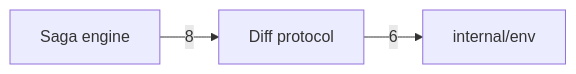
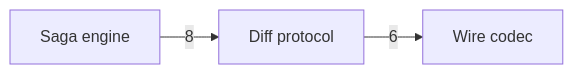
One commit to nickstrad/decentralized-object-store changed the diagram in docs/c4/diagrams/06-component-merkle-b.mmd. Above: the diagram before and after it, drawn with Mermaid. The commit also changed 8 other files, not shown here.

```diff
--- a/docs/c4/diagrams/06-component-merkle-b.mmd
+++ b/docs/c4/diagrams/06-component-merkle-b.mmd
@@ -1,4 +1,4 @@
 %% draw-visual: -x 4 -y 1 -p 0
 graph LR
   SAGA[Saga engine] -->|8| DIFF[Diff protocol]
-  DIFF -->|6| ENV[internal/env]
+  DIFF -->|6| WIRE[Wire codec]
```
